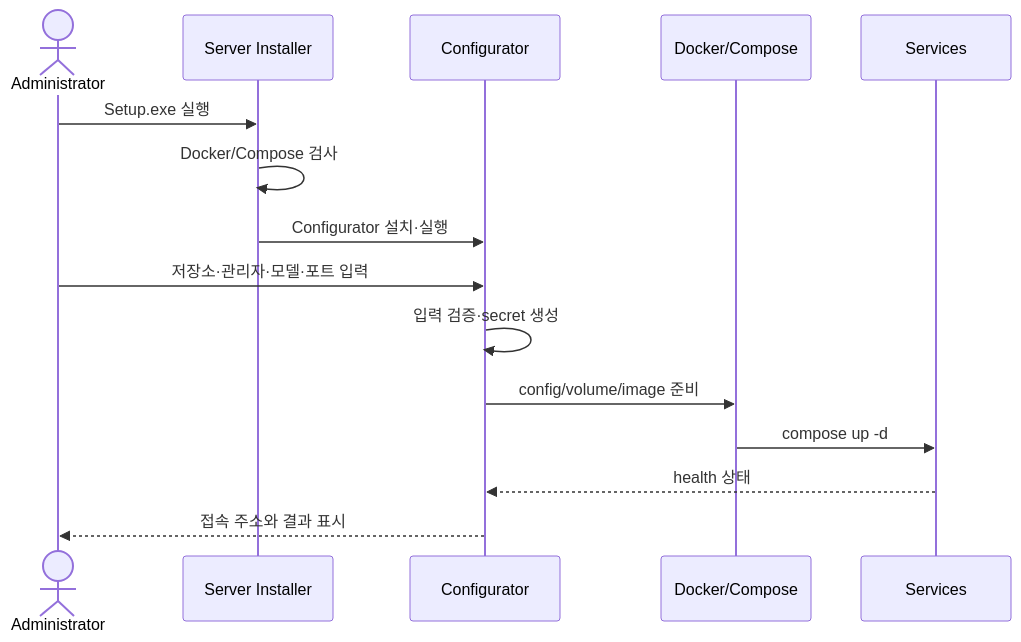
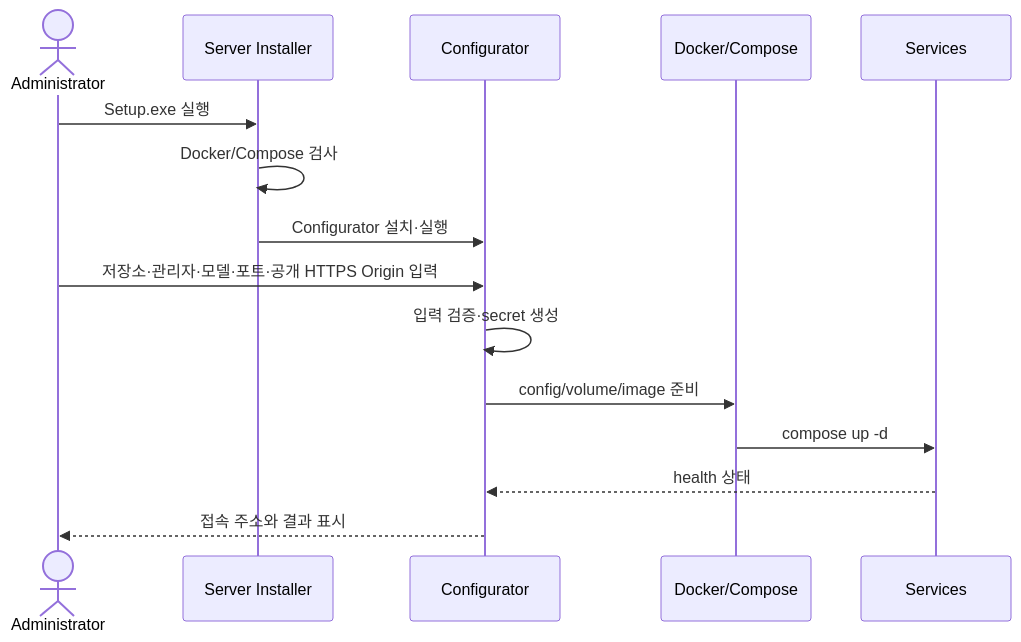
The fourth of 13 diagrams in ARCHITECTURE.md (Eye-O-T/new_structure), drawn with Mermaid before and after one commit. The commit also changed other lines of this file and 77 other files, not shown here.

````diff
--- a/ARCHITECTURE.md
+++ b/ARCHITECTURE.md
@@ -425,18 +463,18 @@
 ```mermaid
 sequenceDiagram
     actor U as Administrator
     participant I as Server Installer
     participant C as Configurator
     participant D as Docker/Compose
     participant S as Services
 
     U->>I: Setup.exe 실행
     I->>I: Docker/Compose 검사
     I->>C: Configurator 설치·실행
-    U->>C: 저장소·관리자·모델·포트 입력
+    U->>C: 저장소·관리자·모델·포트·공개 HTTPS Origin 입력
     C->>C: 입력 검증·secret 생성
     C->>D: config/volume/image 준비
     D->>S: compose up -d
     S-->>C: health 상태
     C-->>U: 접속 주소와 결과 표시
 ```
````
